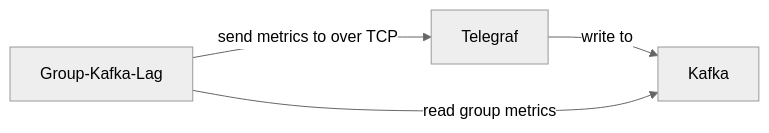
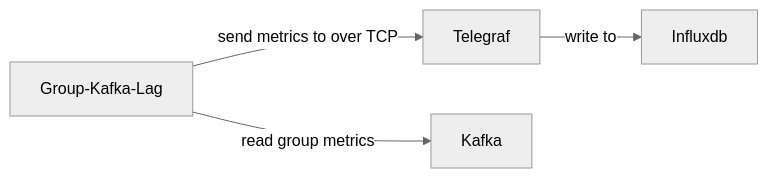
Before and after one commit to framiere/monitoring-demo: diagram 11 of 11 in README.md, drawn with Mermaid (neutral theme). The commit also changed other lines of this file and 1 other file, not shown here.

````diff
--- a/README.md
+++ b/README.md
@@ -819,6 +819,6 @@
 ```mermaid
 graph LR;
-    Telegraf -- write to --> Kafka
+    Telegraf -- write to --> Influxdb
     Group-Kafka-Lag -- read group metrics --> Kafka
     Group-Kafka-Lag -- send metrics to over TCP --> Telegraf
 ```
````
